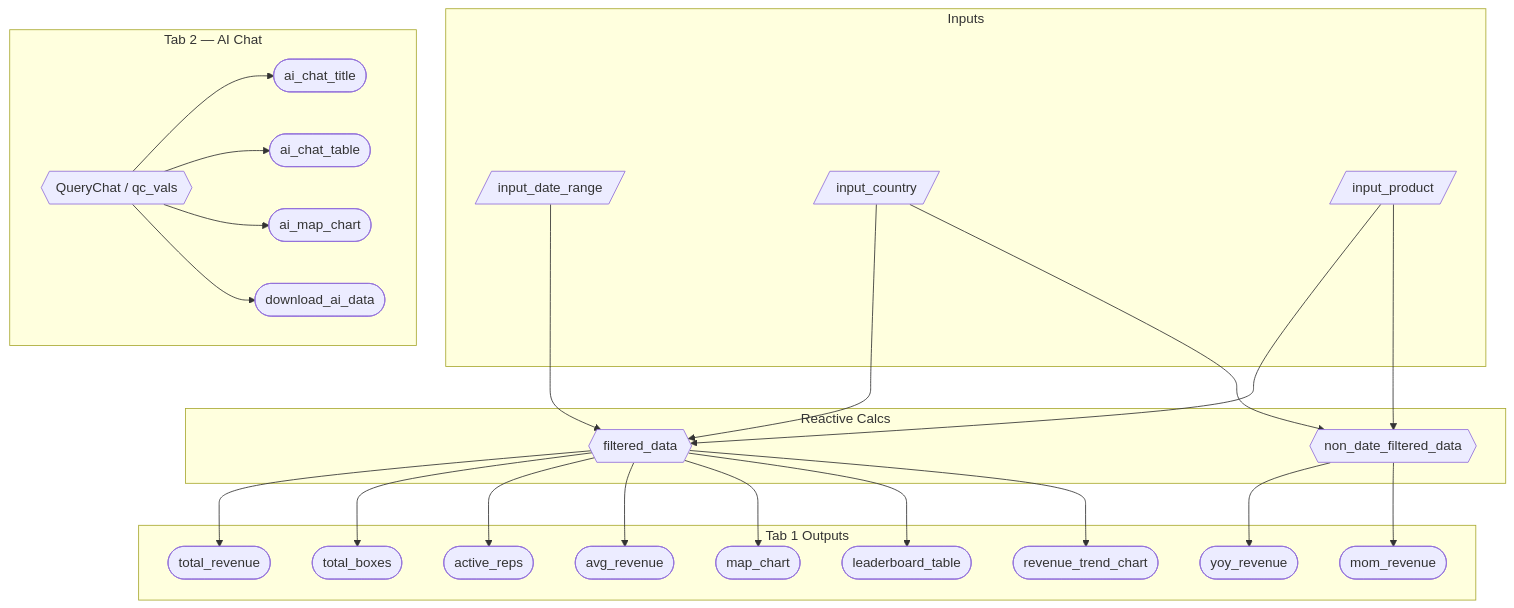
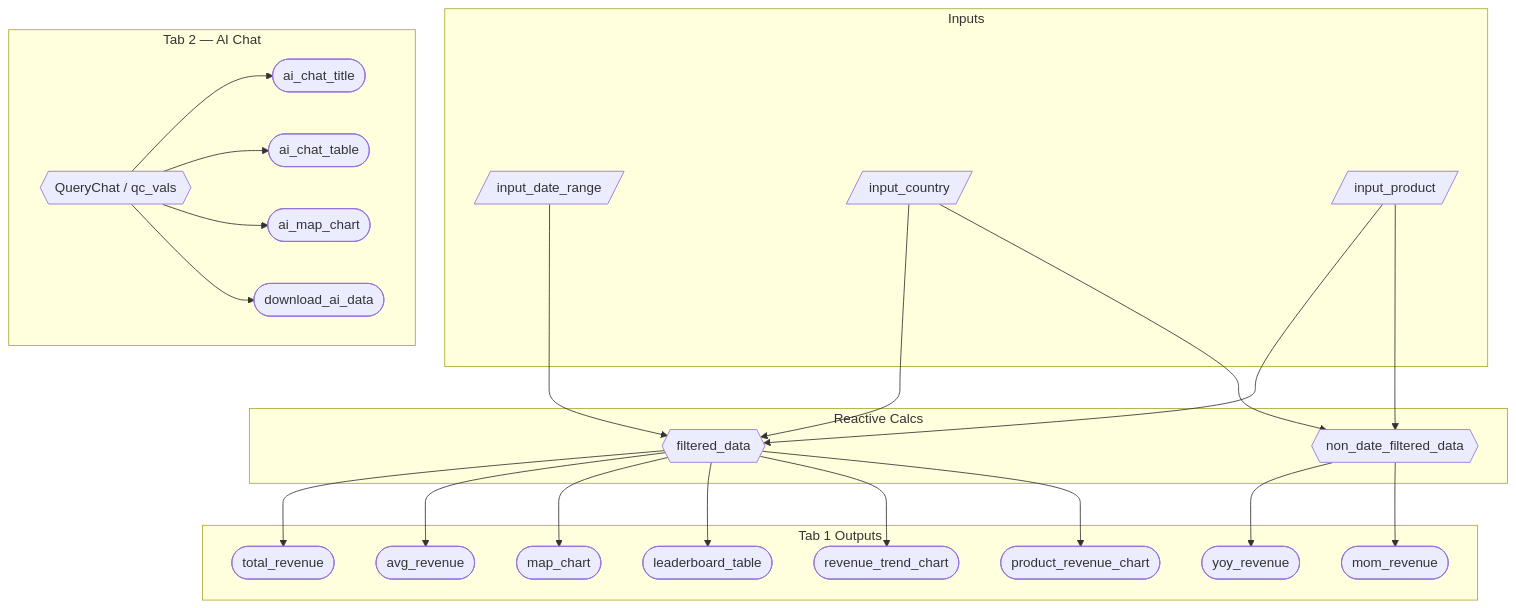
The diagram in reports/m2_spec.md (UBC-MDS/DSCI-532_2026_8_cocoaboard), drawn with Mermaid before and after one commit. The commit also changed other lines of this file, not shown here.

Commit message:
Updated m2_specs for new pie chart component and existing components #86

````diff
--- a/reports/m2_spec.md
+++ b/reports/m2_spec.md
@@ -47,49 +47,47 @@
 ```mermaid
 flowchart TD
   subgraph Inputs
     A[/input_date_range/]
     B[/input_country/]
     C[/input_product/]
   end
 
   subgraph "Reactive Calcs"
     F{{filtered_data}}
     NDF{{non_date_filtered_data}}
   end
 
   A --> F
   B --> F
   C --> F
   B --> NDF
   C --> NDF
 
   subgraph "Tab 1 Outputs"
     R([total_revenue])
-    T([total_boxes])
-    P([active_reps])
     AVG([avg_revenue])
     YOY([yoy_revenue])
     MOM([mom_revenue])
     M([map_chart])
     L([leaderboard_table])
     RT([revenue_trend_chart])
+    PR([product_revenue_chart])
   end
 
   F --> R
-  F --> T
-  F --> P
   F --> AVG
   F --> M
   F --> L
   F --> RT
+  F --> PR
   NDF --> YOY
   NDF --> MOM
 
   subgraph "Tab 2 — AI Chat"
     QC{{QueryChat / qc_vals}}
     QC --> AT([ai_chat_title])
     QC --> ATBL([ai_chat_table])
     QC --> AM([ai_map_chart])
     QC --> DL([download_ai_data])
   end
 ```
````
